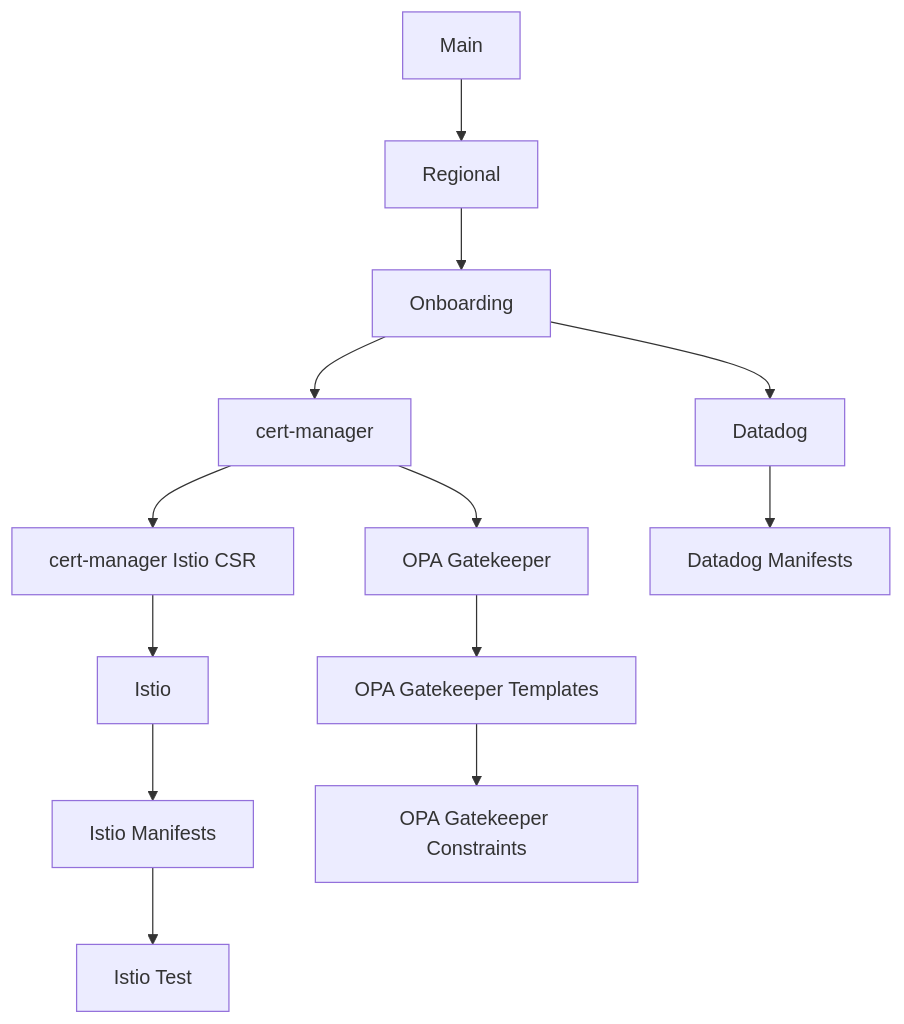
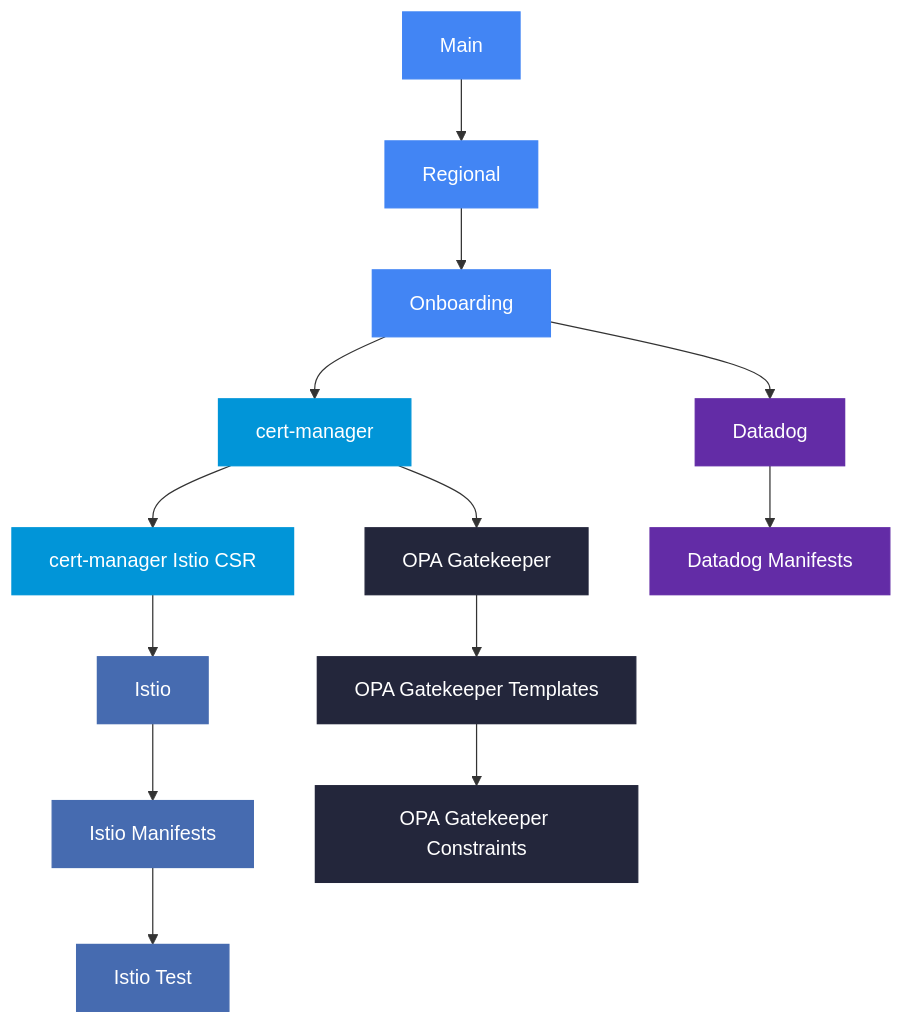
The diagram in README.md (osinfra-io/pt-pneuma), drawn with Mermaid before and after one commit.

Commit message:
Add brand colors to deployment dependency diagram
- GKE (Main/Regional/Onboarding): Google Blue #4285F4
- cert-manager: #0195D8
- Istio: #466BB0
- Datadog: Datadog Purple #632CA6
- OPA Gatekeeper: #23263B

````diff
--- a/README.md
+++ b/README.md
@@ -34,22 +34,30 @@
 ```mermaid
 flowchart TD
-    main["Main"]
+    classDef gke fill:#4285F4,stroke:#4285F4,color:#fff
+    classDef certmanager fill:#0195D8,stroke:#0195D8,color:#fff
+    classDef istio fill:#466BB0,stroke:#466BB0,color:#fff
+    classDef datadog fill:#632CA6,stroke:#632CA6,color:#fff
+    classDef opa fill:#23263B,stroke:#23263B,color:#fff
 
-    main --> zone["Regional"]
-    zone --> onboarding["Onboarding"]
-    onboarding --> cert_manager["cert-manager"]
+    main["Main"]:::gke
+    zone["Regional"]:::gke
+    onboarding["Onboarding"]:::gke
 
-    cert_manager --> cert_manager_istio_csr["cert-manager Istio CSR"]
-    cert_manager --> opa_gatekeeper["OPA Gatekeeper"]
+    main --> zone
+    zone --> onboarding
+    onboarding --> cert_manager["cert-manager"]:::certmanager
 
-    cert_manager_istio_csr --> istio["Istio"]
+    cert_manager --> cert_manager_istio_csr["cert-manager Istio CSR"]:::certmanager
+    cert_manager --> opa_gatekeeper["OPA Gatekeeper"]:::opa
 
-    onboarding --> datadog["Datadog"]
+    cert_manager_istio_csr --> istio["Istio"]:::istio
 
-    datadog --> datadog_manifests["Datadog Manifests"]
-    istio --> istio_manifests["Istio Manifests"]
-    istio_manifests --> istio_test["Istio Test"]
+    onboarding --> datadog["Datadog"]:::datadog
 
-    opa_gatekeeper --> opa_gatekeeper_templates["OPA Gatekeeper Templates"]
-    opa_gatekeeper_templates --> opa_gatekeeper_constraints["OPA Gatekeeper Constraints"]
+    datadog --> datadog_manifests["Datadog Manifests"]:::datadog
+    istio --> istio_manifests["Istio Manifests"]:::istio
+    istio_manifests --> istio_test["Istio Test"]:::istio
+
+    opa_gatekeeper --> opa_gatekeeper_templates["OPA Gatekeeper Templates"]:::opa
+    opa_gatekeeper_templates --> opa_gatekeeper_constraints["OPA Gatekeeper Constraints"]:::opa
 ```
````
